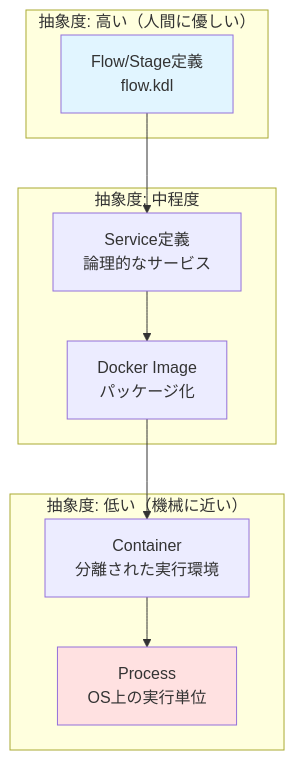
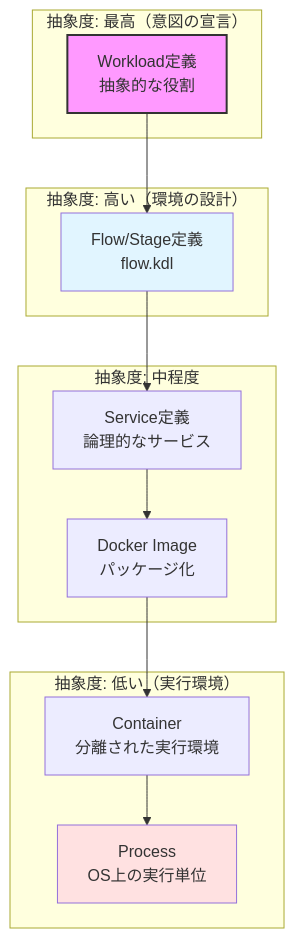
Before and after one commit to chronista-club/fleetflow: the third of 4 diagrams in spec/01-core-concepts.md, drawn with Mermaid. The commit also changed other lines of this file and 46 other files, not shown here.

````diff
--- a/spec/01-core-concepts.md
+++ b/spec/01-core-concepts.md
@@ -51,24 +51,30 @@
 ```mermaid
 graph TD
-    subgraph "抽象度: 高い（人間に優しい）"
+    subgraph "抽象度: 最高（意図の宣言）"
+        W[Workload定義<br/>抽象的な役割]
+    end
+
+    subgraph "抽象度: 高い（環境の設計）"
         A[Flow/Stage定義<br/>flow.kdl]
     end
 
     subgraph "抽象度: 中程度"
         B[Service定義<br/>論理的なサービス]
         C[Docker Image<br/>パッケージ化]
     end
 
-    subgraph "抽象度: 低い（機械に近い）"
+    subgraph "抽象度: 低い（実行環境）"
         D[Container<br/>分離された実行環境]
         E[Process<br/>OS上の実行単位]
     end
 
+    W --> A
     A --> B
     B --> C
     C --> D
     D --> E
 
+    style W fill:#f9f,stroke:#333,stroke-width:2px
     style A fill:#e1f5ff
     style E fill:#ffe1e1
 ```
````
